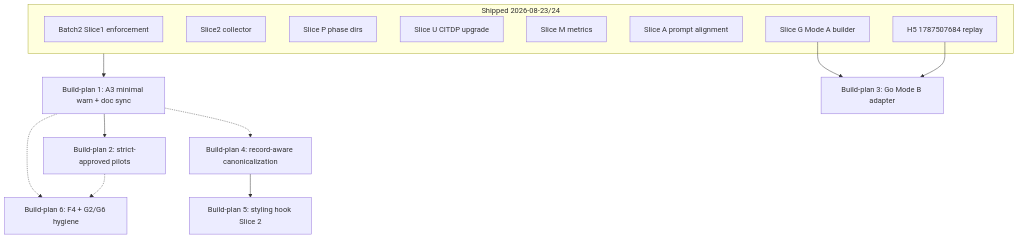
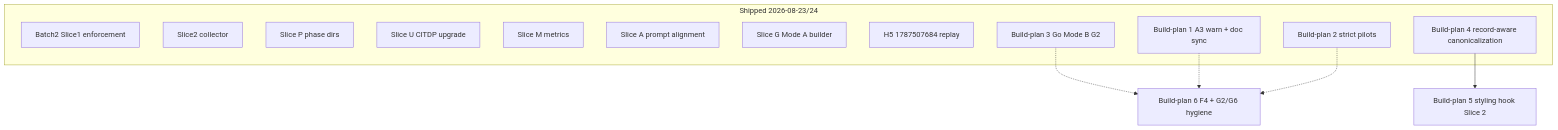
One commit to fareedst/tied changed the diagram in docs/outstanding-work-prioritized-plan.md. Above: the diagram before and after it, drawn with Mermaid. The commit also changed other lines of this file and 28 other files, not shown here.

First line of the commit message:
feat(tied): add client YAML styling gates and hook runner

````diff
--- a/docs/outstanding-work-prioritized-plan.md
+++ b/docs/outstanding-work-prioritized-plan.md
@@ -110,29 +124,25 @@
 ```mermaid
 flowchart TD
   subgraph done [Shipped 2026-08-23/24]
     B2S1[Batch2 Slice1 enforcement]
     B2S2[Slice2 collector]
     SP[Slice P phase dirs]
     SU[Slice U CITDP upgrade]
     SM[Slice M metrics]
     SA[Slice A prompt alignment]
     SG1[Slice G Mode A builder]
     H5[H5 1787507684 replay]
+    A3[Build-plan 1 A3 warn + doc sync]
+    STRICT[Build-plan 2 strict pilots]
+    G2[Build-plan 3 Go Mode B G2]
+    CANON[Build-plan 4 record-aware canonicalization]
   end
 
-  A3[Build-plan 1: A3 minimal warn + doc sync]
-  STRICT[Build-plan 2: strict-approved pilots]
-  G2[Build-plan 3: Go Mode B adapter]
-  CANON[Build-plan 4: record-aware canonicalization]
-  STYLE[Build-plan 5: styling hook Slice 2]
-  HYGIENE[Build-plan 6: F4 + G2/G6 hygiene]
+  STYLE[Build-plan 5 styling hook Slice 2]
+  HYGIENE[Build-plan 6 F4 + G2/G6 hygiene]
 
-  done --> A3
-  A3 --> STRICT
-  SG1 --> G2
-  H5 --> G2
   CANON --> STYLE
+  G2 -.-> HYGIENE
   A3 -.-> HYGIENE
   STRICT -.-> HYGIENE
-  A3 -.-> CANON
 ```
````
